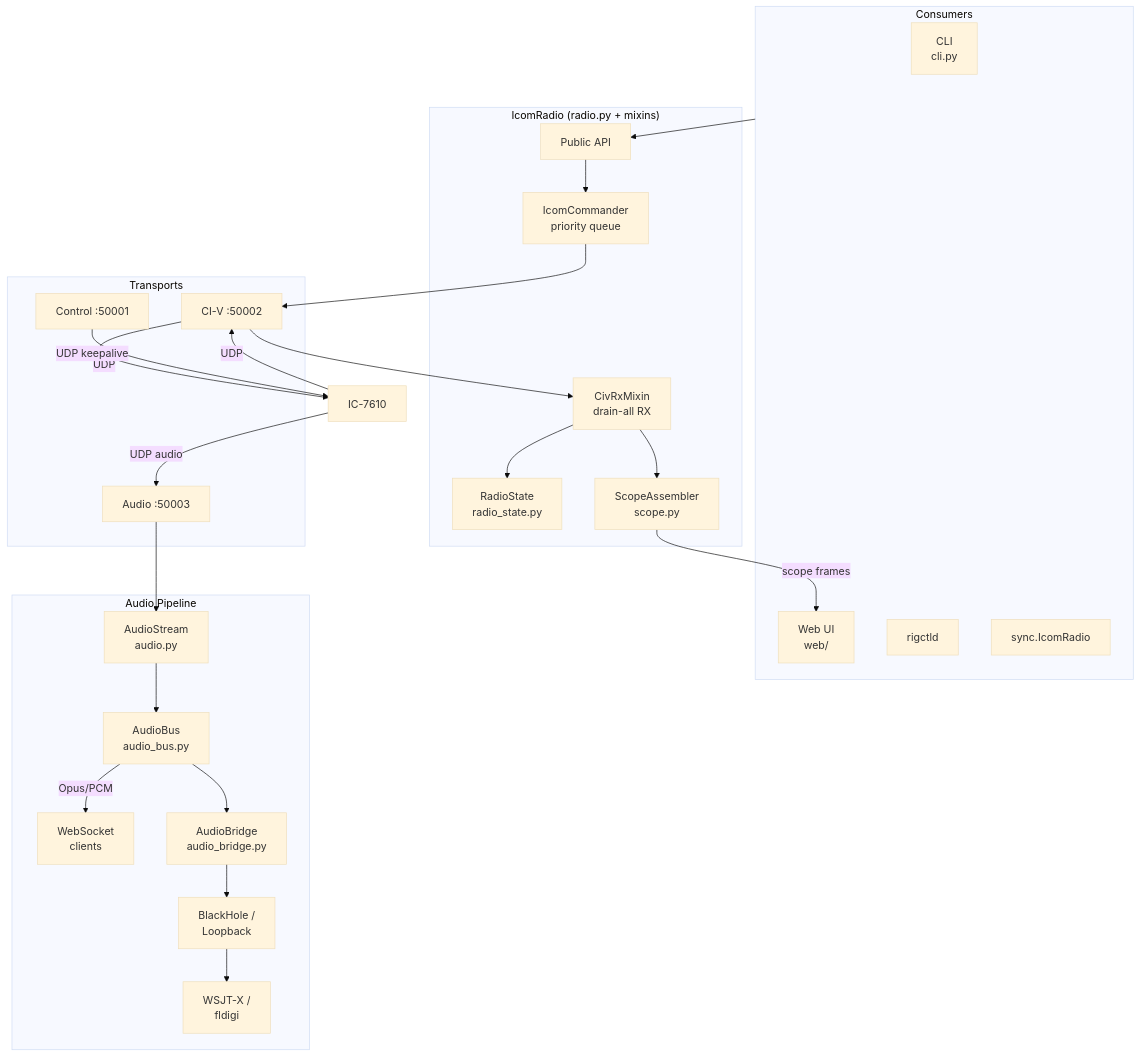
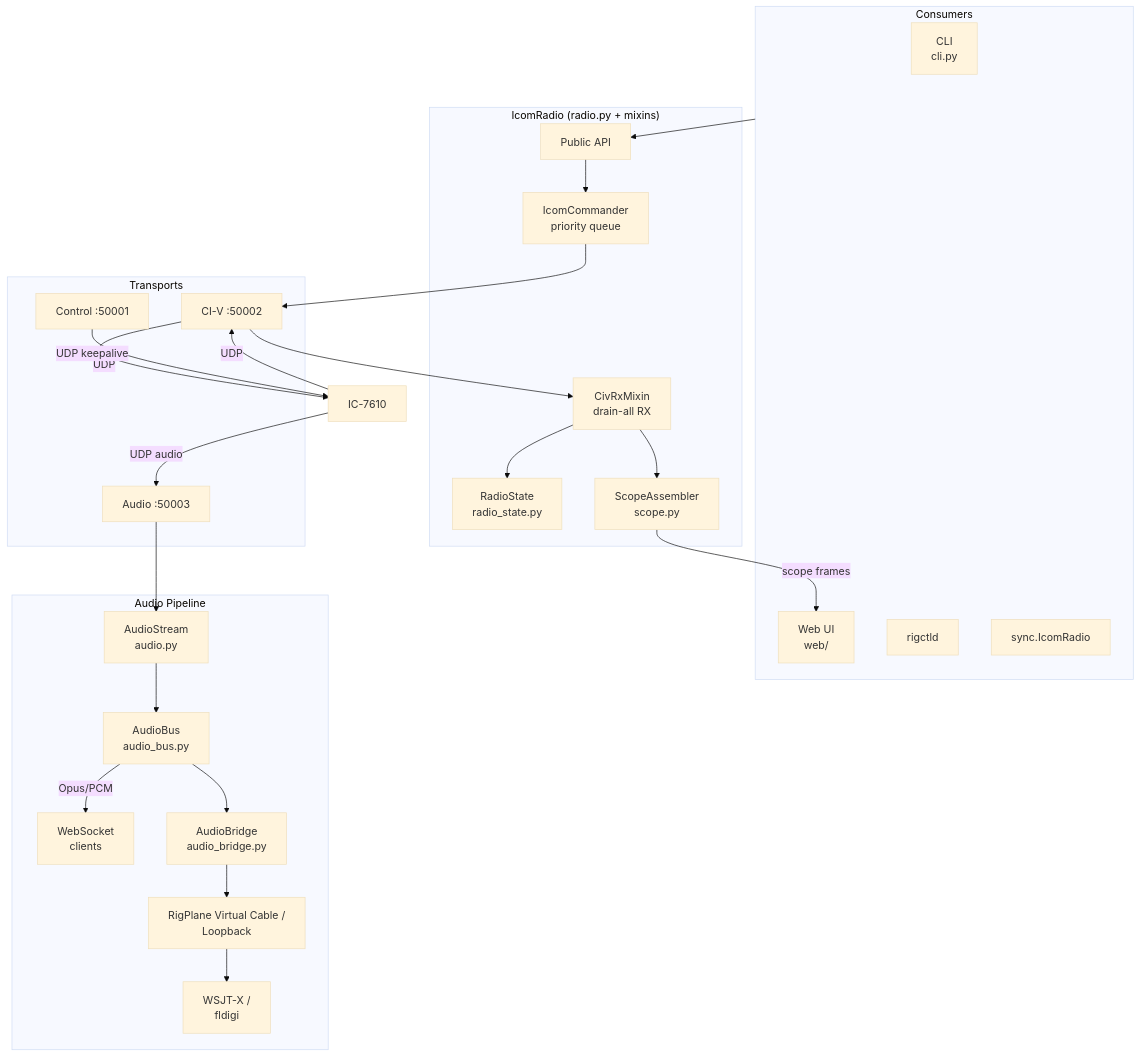
Before and after one commit to rigplane/rigplane-core: the second of 21 diagrams in docs/internals/architecture.md, drawn with Mermaid (base theme). The commit also changed other lines of this file and 11 other files, not shown here.

Commit message:
docs(MOR-2590): the guides and comments describe the RigPlane Virtual Cable instead of BlackHole

````diff
--- a/docs/internals/architecture.md
+++ b/docs/internals/architecture.md
@@ -662,54 +662,54 @@
 ```mermaid
 flowchart TD
     subgraph Consumers
         CLI[CLI\ncli.py]
         WebUI[Web UI\nweb/]
         Rigctld[rigctld]
         Sync[sync.IcomRadio]
     end
 
     subgraph Core["IcomRadio (radio.py + mixins)"]
         API[Public API]
         Commander[IcomCommander\npriority queue]
         CivRx[CivRxMixin\ndrain-all RX]
         RadioStateObj[RadioState\nradio_state.py]
         ScopeAsm[ScopeAssembler\nscope.py]
     end
 
     subgraph Transports
         CtrlT[Control :50001]
         CivT[CI-V :50002]
         AudioT[Audio :50003]
     end
 
     subgraph AudioPipeline["Audio Pipeline"]
         AudioStream[AudioStream\naudio.py]
         AudioBus[AudioBus\naudio_bus.py]
         WsAudio[WebSocket\nclients]
         Bridge[AudioBridge\naudio_bridge.py]
-        BlackHole[BlackHole /\nLoopback]
+        RigCable[RigPlane Virtual Cable /\nLoopback]
         WSJTX[WSJT-X /\nfldigi]
     end
 
     Radio[IC-7610]
 
     Consumers --> API
     API --> Commander
     Commander --> CivT
     CivT -- UDP --> Radio
     Radio -- UDP --> CivT
     CivT --> CivRx
     CivRx --> RadioStateObj
     CivRx --> ScopeAsm
     ScopeAsm -->|scope frames| WebUI
 
     CtrlT -- UDP keepalive --> Radio
 
     Radio -- UDP audio --> AudioT
     AudioT --> AudioStream
     AudioStream --> AudioBus
     AudioBus -->|Opus/PCM| WsAudio
     AudioBus --> Bridge
-    Bridge --> BlackHole
-    BlackHole --> WSJTX
+    Bridge --> RigCable
+    RigCable --> WSJTX
 ```
````
